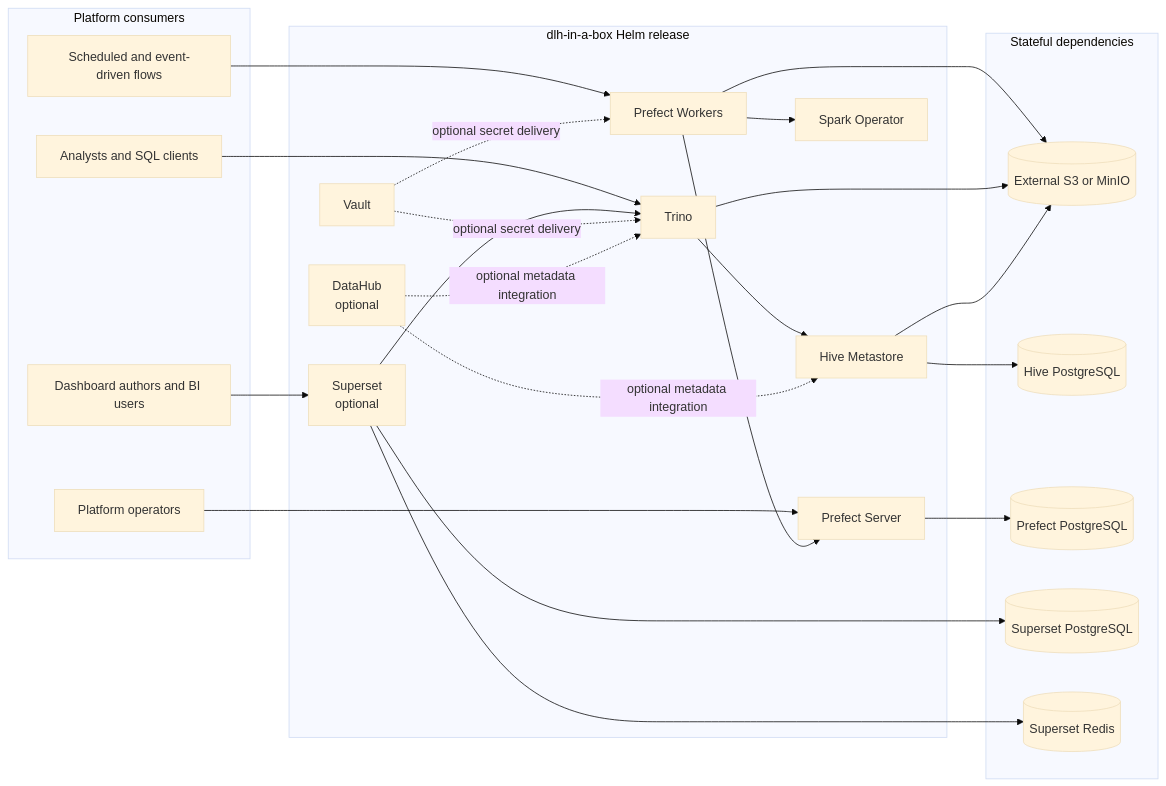
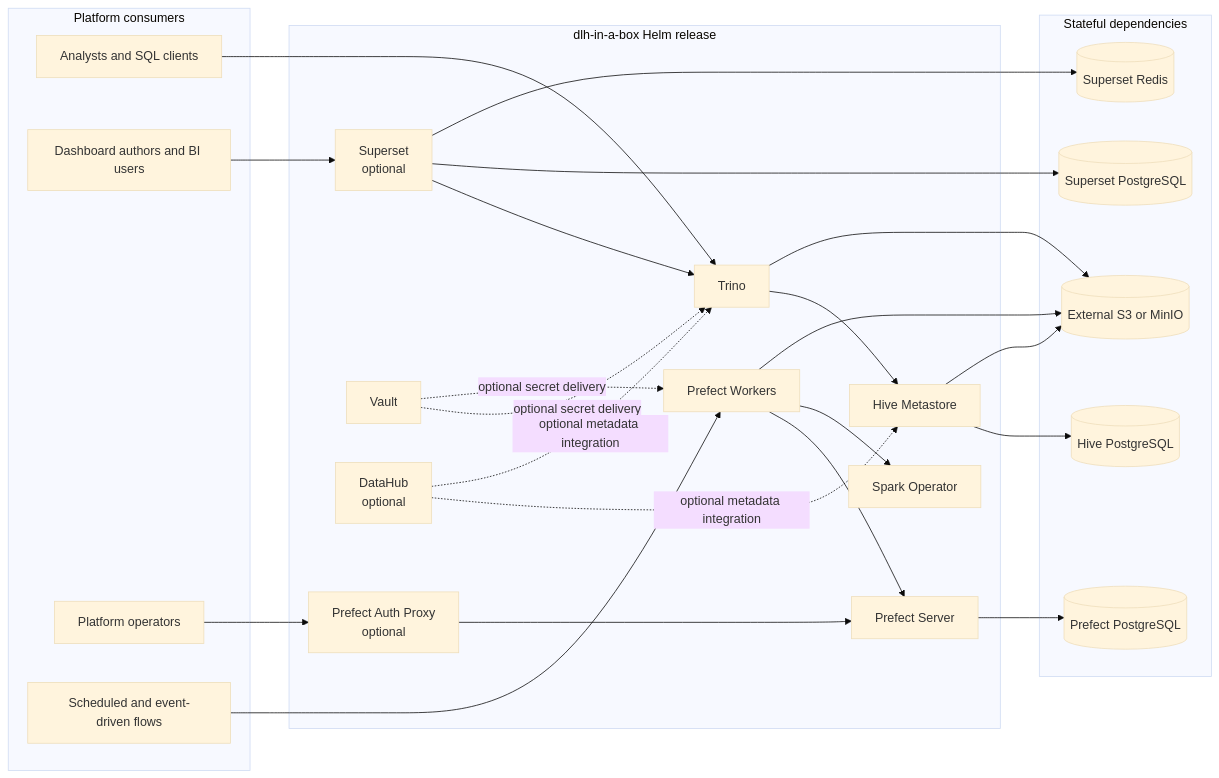
One commit to sanger-pathogens/dlh-in-a-box-umbrella-helm-chart changed the first of 4 diagrams in README.md. Above: the diagram before and after it, drawn with Mermaid (base theme). The commit also changed other lines of this file and 30 other files, not shown here.

````diff
--- a/README.md
+++ b/README.md
@@ -39,48 +40,50 @@
 ```mermaid
 flowchart LR
   subgraph Consumers[Platform consumers]
     Analysts[Analysts and SQL clients]
     BIUsers[Dashboard authors and BI users]
     Operators[Platform operators]
     Flows[Scheduled and event-driven flows]
   end
 
   subgraph Release[dlh-in-a-box Helm release]
     Trino[Trino]
     Superset[Superset<br/>optional]
     Prefect[Prefect Server]
+    PrefectProxy[Prefect Auth Proxy<br/>optional]
     Worker[Prefect Workers]
     Spark[Spark Operator]
     Hive[Hive Metastore]
     Vault[Vault]
     DataHub[DataHub<br/>optional]
   end
 
   subgraph State[Stateful dependencies]
     ObjectStore[(External S3 or MinIO)]
     HivePg[(Hive PostgreSQL)]
     PrefectPg[(Prefect PostgreSQL)]
     SupersetPg[(Superset PostgreSQL)]
     Redis[(Superset Redis)]
   end
 
   Analysts --> Trino
   BIUsers --> Superset
-  Operators --> Prefect
+  Operators --> PrefectProxy
+  PrefectProxy --> Prefect
   Flows --> Worker
   Worker --> Prefect
   Worker --> Spark
   Worker --> ObjectStore
   Trino --> Hive
   Trino --> ObjectStore
   Superset --> Trino
   Superset --> SupersetPg
   Superset --> Redis
   Hive --> HivePg
   Hive --> ObjectStore
   Prefect --> PrefectPg
   Vault -. optional secret delivery .-> Trino
   Vault -. optional secret delivery .-> Worker
   DataHub -. optional metadata integration .-> Hive
   DataHub -. optional metadata integration .-> Trino
 ```
````
